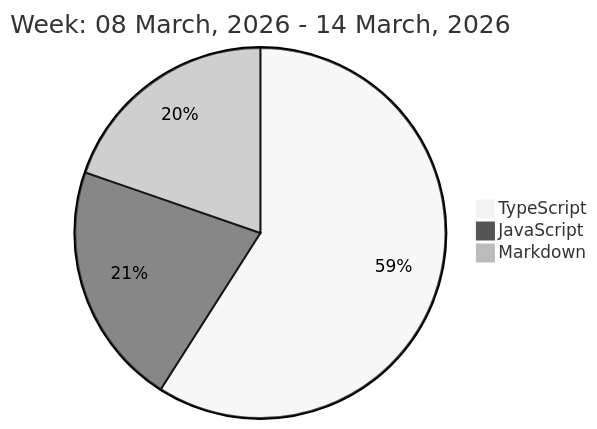
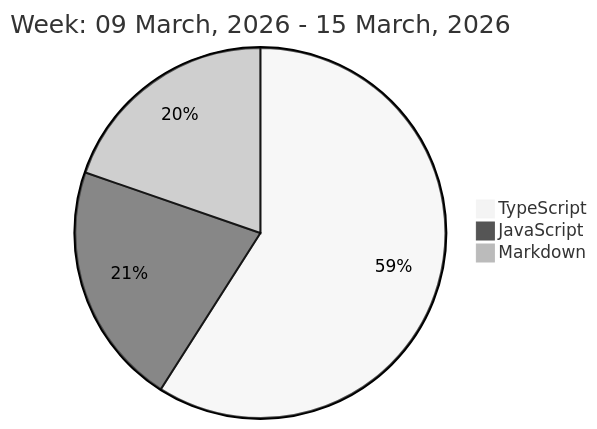
The diagram in README.md (liubin95/liubin95), drawn with Mermaid (neutral theme) before and after one commit.

Commit message:
Updated the Graph with new Metrics

````diff
--- a/README.md
+++ b/README.md
@@ -32,7 +32,7 @@
 ```mermaid
  pie
-title Week: 08 March, 2026 - 14 March, 2026
+title Week: 09 March, 2026 - 15 March, 2026
  "TypeScript" : 7.55
  "JavaScript" : 2.72
  "Markdown" : 2.52
 ```
````
